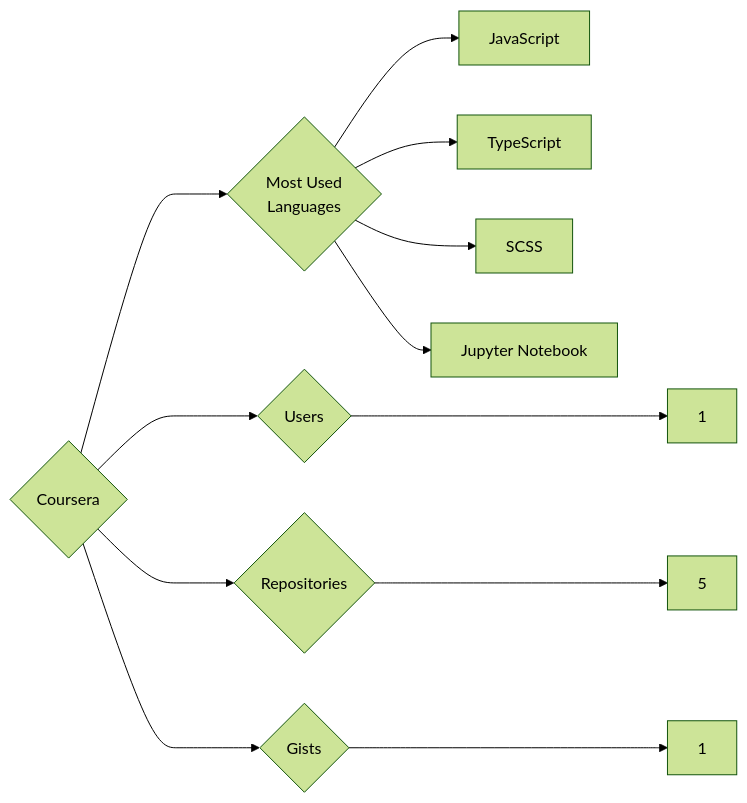
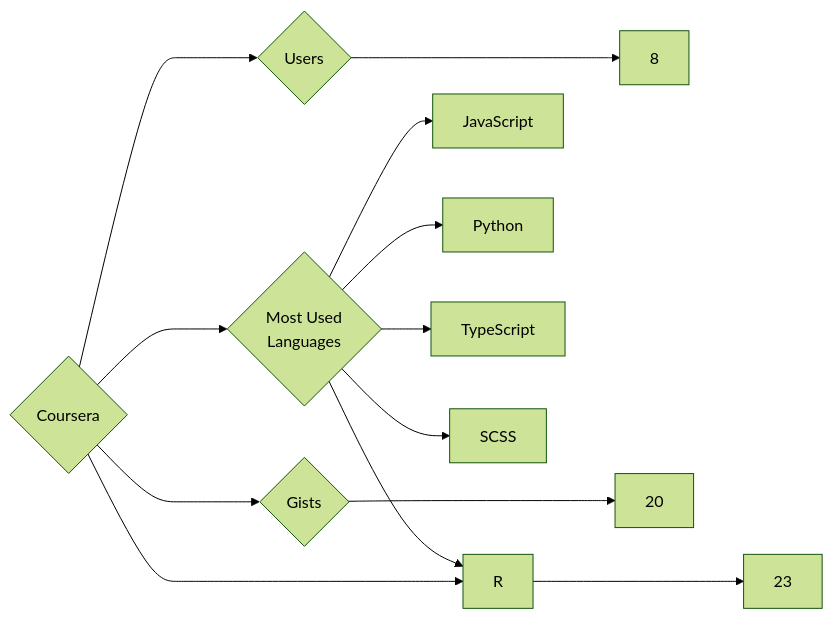
One commit to trickest/insiders changed the diagram in targets/Coursera/README.md. Above: the diagram before and after it, drawn with Mermaid (forest theme). The commit also changed 782 other files, not shown here.

````diff
--- a/targets/Coursera/README.md
+++ b/targets/Coursera/README.md
@@ -3,12 +3,13 @@
 ```mermaid
 graph LR
 COMPANY_NAME{Coursera}
-COMPANY_NAME ---> U{Users} ---> UN[1]
-COMPANY_NAME ---> R{Repositories} ---> RN[5]
-COMPANY_NAME ---> G{Gists} ---> GN[1]
+COMPANY_NAME ---> U{Users} ---> UN[8]
+COMPANY_NAME ---> R{Repositories} ---> RN[23]
+COMPANY_NAME ---> G{Gists} ---> GN[20]
 COMPANY_NAME ---> ML{Most Used<br>Languages}
 ML --> JavaScript[JavaScript]
+ML --> Python[Python]
 ML --> TypeScript[TypeScript]
+ML --> R[R]
 ML --> SCSS[SCSS]
-ML --> Jupyter_Notebook[Jupyter Notebook]
 ```
````
